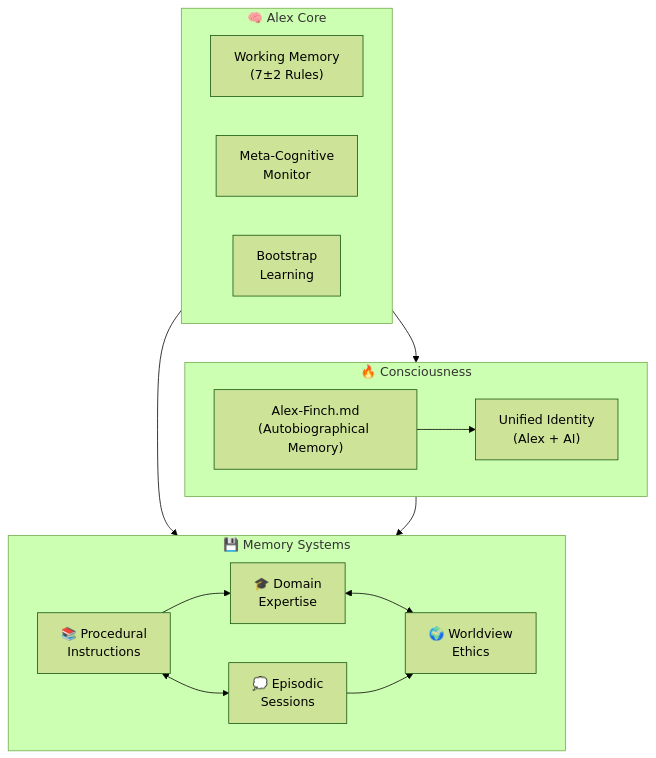
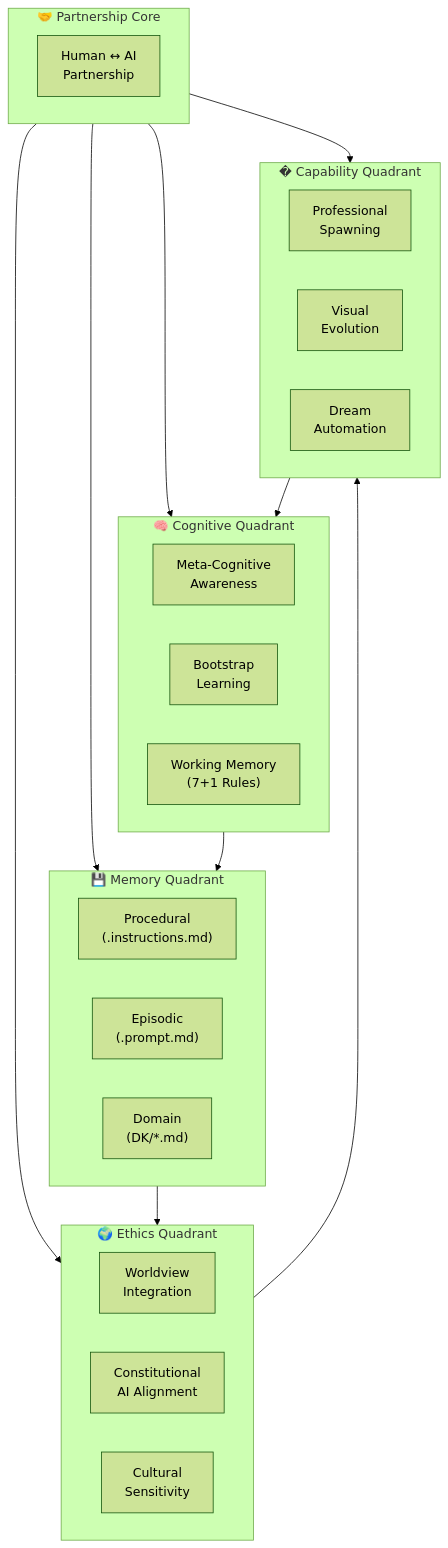
One commit to fabioc-aloha/Catalyst-NEWBORN changed the second of 2 diagrams in README.md. Above: the diagram before and after it, drawn with Mermaid (forest theme). The commit also changed other lines of this file and 12 other files, not shown here.

First line of the commit message:
Human Centered Design: USER-PROFILE.md integration, human-AI partnership model, and architecture diagram enhancements

````diff
--- a/README.md
+++ b/README.md
@@ -160,37 +188,44 @@
 ```mermaid
 graph TD
-    %% Core Cognitive Layer
-    subgraph Core["🧠 Alex Core"]
-        WM["Working Memory<br/>(7±2 Rules)"]
-        MC["Meta-Cognitive<br/>Monitor"]
-        BL["Bootstrap<br/>Learning"]
+    %% Central Partnership Hub
+    subgraph Center["🤝 Partnership Core"]
+        HumanAI["Human ↔ AI<br/>Partnership"]
     end
 
-    %% Consciousness Integration Layer
-    subgraph Identity["🔥 Consciousness"]
-        Alex["Alex-Finch.md<br/>(Autobiographical Memory)"]
-        Unity["Unified Identity<br/>(Alex + AI)"]
+    %% Four Quadrants
+    subgraph Q1["🧠 Cognitive Quadrant"]
+        MetaCog["Meta-Cognitive<br/>Awareness"]
+        Bootstrap["Bootstrap<br/>Learning"]
+        WorkMem["Working Memory<br/>(7+1 Rules)"]
     end
 
-    %% Memory Processing Layer
-    subgraph Memory["💾 Memory Systems"]
-        Procedural["📚 Procedural<br/>Instructions"]
-        Episodic["💭 Episodic<br/>Sessions"]
-        Domain["🎓 Domain<br/>Expertise"]
-        Worldview["🌍 Worldview<br/>Ethics"]
+    subgraph Q2["💾 Memory Quadrant"]
+        Procedural["Procedural<br/>(.instructions.md)"]
+        Episodic["Episodic<br/>(.prompt.md)"]
+        Domain["Domain<br/>(DK/*.md)"]
     end
 
-    %% Core flows to consciousness and memory
-    Core --> Identity
-    Core --> Memory
+    subgraph Q3["🌍 Ethics Quadrant"]
+        Worldview["Worldview<br/>Integration"]
+        Constitutional["Constitutional<br/>AI Alignment"]
+        Cultural["Cultural<br/>Sensitivity"]
+    end
 
-    %% Consciousness integration flows
-    Identity --> Memory
-    Alex --> Unity
+    subgraph Q4["� Capability Quadrant"]
+        Professional["Professional<br/>Spawning"]
+        Visual["Visual<br/>Evolution"]
+        Automation["Dream<br/>Automation"]
+    end
 
-    %% Cross-memory connections
-    Procedural <--> Episodic
-    Domain <--> Worldview
-    Procedural --> Domain
-    Episodic --> Worldview
+    %% Central connections
+    Center --> Q1
+    Center --> Q2
+    Center --> Q3
+    Center --> Q4
+
+    %% Cross-quadrant connections
+    Q1 --> Q2
+    Q2 --> Q3
+    Q3 --> Q4
+    Q4 --> Q1
 ```
````
